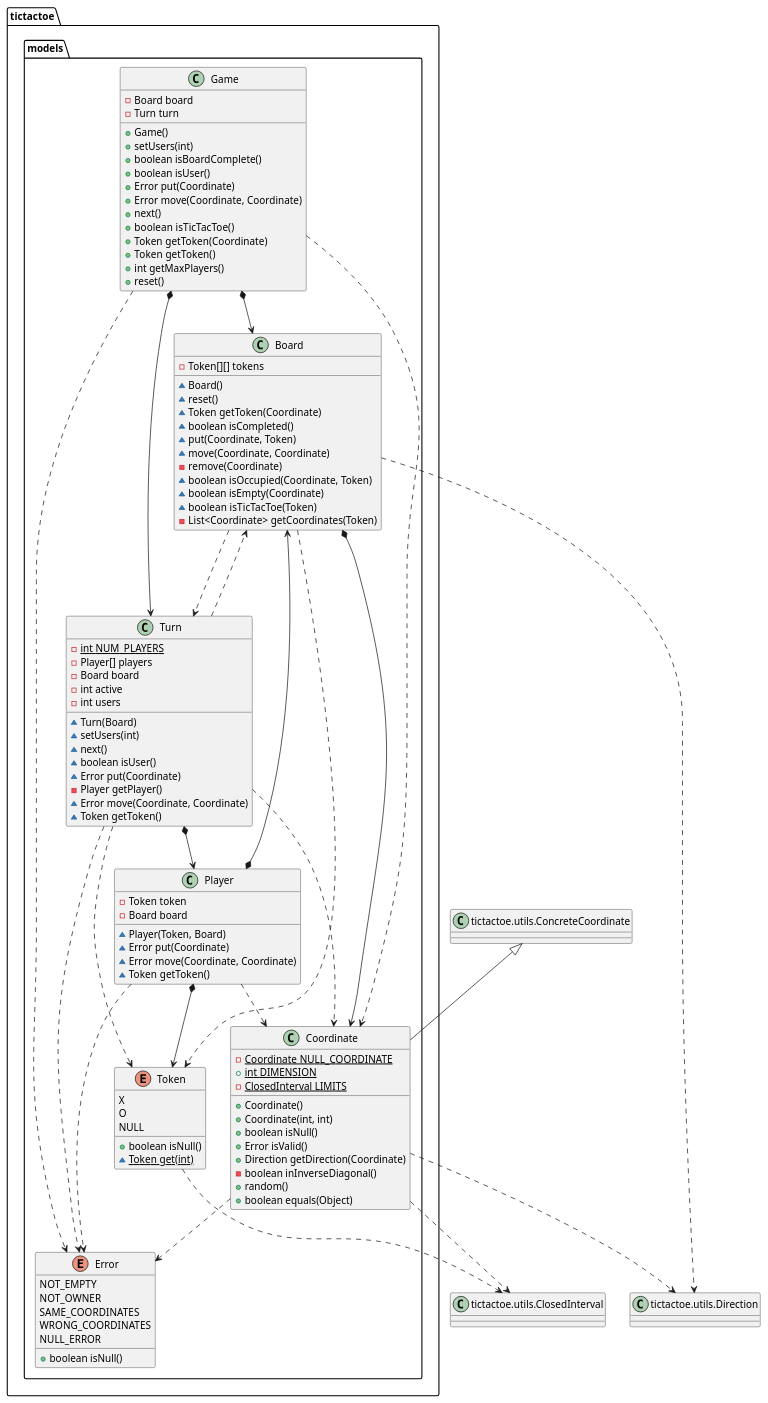
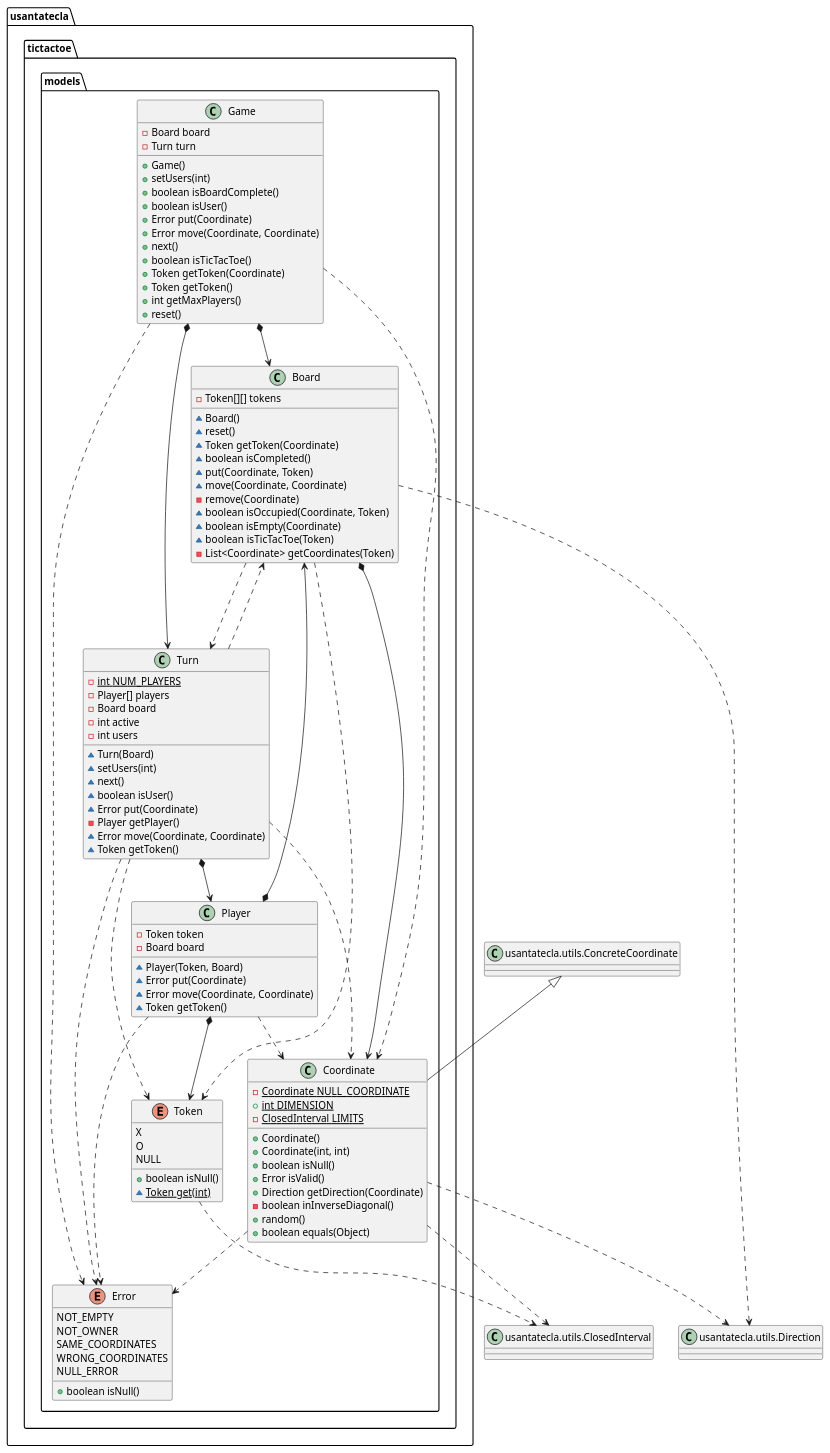
Before and after one commit to Jolucaa/USantaTecla-project-ticTacToe: the fifth of 6 diagrams in documentView/withFactoryMethod/docs/diagrams/src/paquetes.plantuml, drawn with PlantUML. The commit also changed other lines of this file and 4 other files, not shown here.

Commit message:
documentView.WithFactoryMethod diagrams updated 2

```diff
--- a/documentView/withFactoryMethod/docs/diagrams/src/paquetes.plantuml
+++ b/documentView/withFactoryMethod/docs/diagrams/src/paquetes.plantuml
@@ -323,119 +372,119 @@
 @startuml tictactoe.models
-class  tictactoe.models.Board{
+class  usantatecla.tictactoe.models.Board{
 - Token[][] tokens
 ~ Board()
 ~ reset()
 ~ Token getToken(Coordinate)
 ~ boolean isCompleted()
 ~ put(Coordinate, Token)
 ~ move(Coordinate, Coordinate)
 - remove(Coordinate)
 ~ boolean isOccupied(Coordinate, Token)
 ~ boolean isEmpty(Coordinate)
 ~ boolean isTicTacToe(Token)
 - List<Coordinate> getCoordinates(Token)
 }
 
-class ClosedInterval as "tictactoe.utils.ClosedInterval"
-class ConcreteCoordinate as "tictactoe.utils.ConcreteCoordinate"
-class Direction as "tictactoe.utils.Direction"
+class ClosedInterval as "usantatecla.utils.ClosedInterval"
+class ConcreteCoordinate as "usantatecla.utils.ConcreteCoordinate"
+class Direction as "usantatecla.utils.Direction"
 
-tictactoe.models.Board *-down-> tictactoe.models.Coordinate
-tictactoe.models.Board ..> tictactoe.models.Token
-tictactoe.models.Board ..> tictactoe.models.Turn
-tictactoe.models.Board ..> Direction
+usantatecla.tictactoe.models.Board *-down-> usantatecla.tictactoe.models.Coordinate
+usantatecla.tictactoe.models.Board ..> usantatecla.tictactoe.models.Token
+usantatecla.tictactoe.models.Board ..> usantatecla.tictactoe.models.Turn
+usantatecla.tictactoe.models.Board ..> Direction
 
-class  tictactoe.models.Coordinate{
+class  usantatecla.tictactoe.models.Coordinate{
 - {static} Coordinate NULL_COORDINATE
 + {static} int DIMENSION
 - {static} ClosedInterval LIMITS
 + Coordinate()
 + Coordinate(int, int)
 + boolean isNull()
 + Error isValid()
 + Direction getDirection(Coordinate)
 - boolean inInverseDiagonal()
 + random()
 + boolean equals(Object)
 }
-ConcreteCoordinate <|-down- tictactoe.models.Coordinate
-tictactoe.models.Coordinate ..> tictactoe.models.Error
-tictactoe.models.Coordinate ..> Direction
-tictactoe.models.Coordinate ..> ClosedInterval
+ConcreteCoordinate <|-down- usantatecla.tictactoe.models.Coordinate
+usantatecla.tictactoe.models.Coordinate ..> usantatecla.tictactoe.models.Error
+usantatecla.tictactoe.models.Coordinate ..> Direction
+usantatecla.tictactoe.models.Coordinate ..> ClosedInterval
 
-enum  tictactoe.models.Error{
+enum  usantatecla.tictactoe.models.Error{
 NOT_EMPTY
 NOT_OWNER
 SAME_COORDINATES
 WRONG_COORDINATES
 NULL_ERROR
 + boolean isNull()
 }
 
-class  tictactoe.models.Game{
+class  usantatecla.tictactoe.models.Game{
 - Board board
 - Turn turn
 + Game()
 + setUsers(int)
 + boolean isBoardComplete()
 + boolean isUser()
 + Error put(Coordinate)
 + Error move(Coordinate, Coordinate)
 + next()
 + boolean isTicTacToe()
 + Token getToken(Coordinate)
 + Token getToken()
 + int getMaxPlayers()
 + reset()
 }
-tictactoe.models.Game *-down-> tictactoe.models.Board
-tictactoe.models.Game *-down-> tictactoe.models.Turn
-tictactoe.models.Game ..> tictactoe.models.Coordinate
-tictactoe.models.Game ..> tictactoe.models.Error
+usantatecla.tictactoe.models.Game *-down-> usantatecla.tictactoe.models.Board
+usantatecla.tictactoe.models.Game *-down-> usantatecla.tictactoe.models.Turn
+usantatecla.tictactoe.models.Game ..> usantatecla.tictactoe.models.Coordinate
+usantatecla.tictactoe.models.Game ..> usantatecla.tictactoe.models.Error
 
-class  tictactoe.models.Player{
+class  usantatecla.tictactoe.models.Player{
 - Token token
 - Board board
 ~ Player(Token, Board)
 ~ Error put(Coordinate)
 ~ Error move(Coordinate, Coordinate)
 ~ Token getToken()
 }
-tictactoe.models.Player *-down-> tictactoe.models.Token
-tictactoe.models.Player *-down-> tictactoe.models.Board
-tictactoe.models.Player ..> tictactoe.models.Coordinate
-tictactoe.models.Player ..> tictactoe.models.Error
+usantatecla.tictactoe.models.Player *-down-> usantatecla.tictactoe.models.Token
+usantatecla.tictactoe.models.Player *-down-> usantatecla.tictactoe.models.Board
+usantatecla.tictactoe.models.Player ..> usantatecla.tictactoe.models.Coordinate
+usantatecla.tictactoe.models.Player ..> usantatecla.tictactoe.models.Error
 
-enum  tictactoe.models.Token{
+enum  usantatecla.tictactoe.models.Token{
 X
 O
 NULL
 + boolean isNull()
 ~ {static} Token get(int)
 }
 
-tictactoe.models.Token ..> ClosedInterval
+usantatecla.tictactoe.models.Token ..> ClosedInterval
 
-class  tictactoe.models.Turn{
+class  usantatecla.tictactoe.models.Turn{
 - {static} int NUM_PLAYERS
 - Player[] players
 - Board board
 - int active
 - int users
 ~ Turn(Board)
 ~ setUsers(int)
 ~ next()
 ~ boolean isUser()
 ~ Error put(Coordinate)
 - Player getPlayer()
 ~ Error move(Coordinate, Coordinate)
 ~ Token getToken()
 }
 
-tictactoe.models.Turn *-down-> tictactoe.models.Player
-tictactoe.models.Turn ..down-> tictactoe.models.Board
-tictactoe.models.Turn ..down-> tictactoe.models.Token
-tictactoe.models.Turn ..down-> tictactoe.models.Coordinate
-tictactoe.models.Turn ..down-> tictactoe.models.Error
+usantatecla.tictactoe.models.Turn *-down-> usantatecla.tictactoe.models.Player
+usantatecla.tictactoe.models.Turn ..down-> usantatecla.tictactoe.models.Board
+usantatecla.tictactoe.models.Turn ..down-> usantatecla.tictactoe.models.Token
+usantatecla.tictactoe.models.Turn ..down-> usantatecla.tictactoe.models.Coordinate
+usantatecla.tictactoe.models.Turn ..down-> usantatecla.tictactoe.models.Error
 
 @enduml
```
